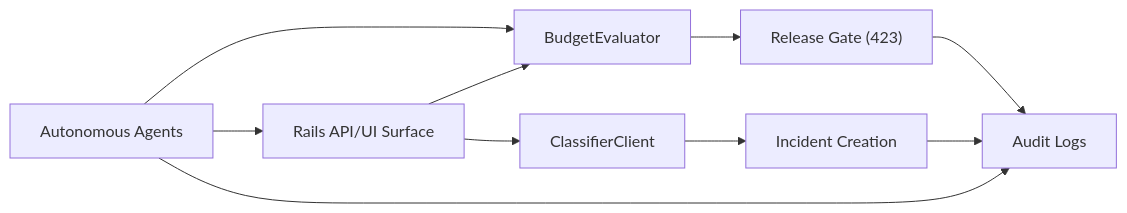
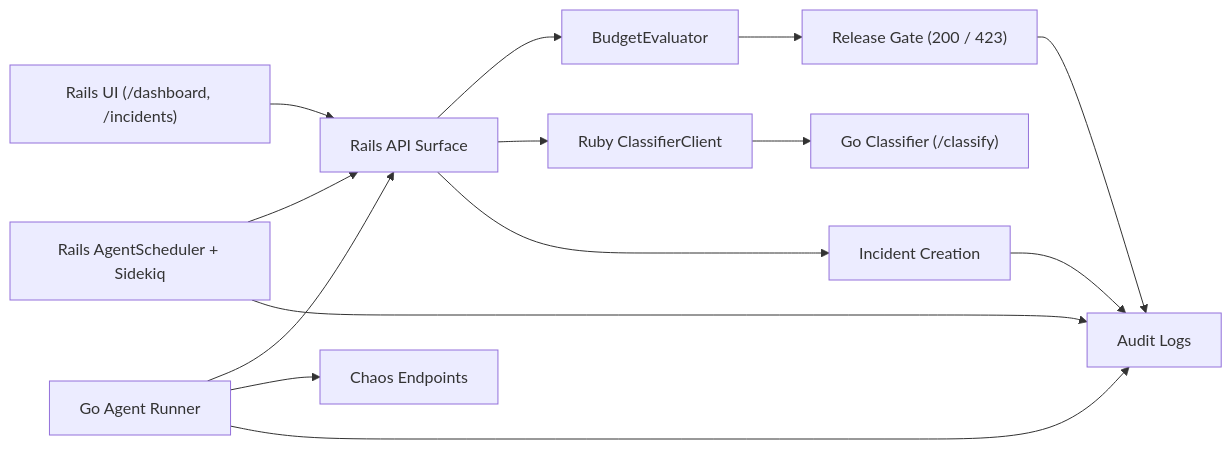
Before and after one commit to AngelP17/Cellguard: the diagram in ARCHITECTURE.md, drawn with Mermaid. The commit also changed 31 other files, not shown here.

````diff
--- a/ARCHITECTURE.md
+++ b/ARCHITECTURE.md
@@ -3,12 +3,17 @@
 ```mermaid
 flowchart LR
-  A["Rails API/UI Surface"] --> B["BudgetEvaluator"]
-  A --> C["ClassifierClient"]
-  B --> D["Release Gate (423)"]
-  C --> E["Incident Creation"]
-  D --> F["Audit Logs"]
-  E --> F
-  G["Autonomous Agents"] --> B
-  G --> A
-  G --> F
+  UI["Rails UI (/dashboard, /incidents)"] --> API["Rails API Surface"]
+  API --> BE["BudgetEvaluator"]
+  API --> RCC["Ruby ClassifierClient"]
+  RCC --> GCLS["Go Classifier (/classify)"]
+  BE --> GATE["Release Gate (200 / 423)"]
+  API --> INC["Incident Creation"]
+  GATE --> AUD["Audit Logs"]
+  INC --> AUD
+
+  RSCH["Rails AgentScheduler + Sidekiq"] --> API
+  GRUN["Go Agent Runner"] --> API
+  GRUN --> CHAOS["Chaos Endpoints"]
+  RSCH --> AUD
+  GRUN --> AUD
 ```
````
